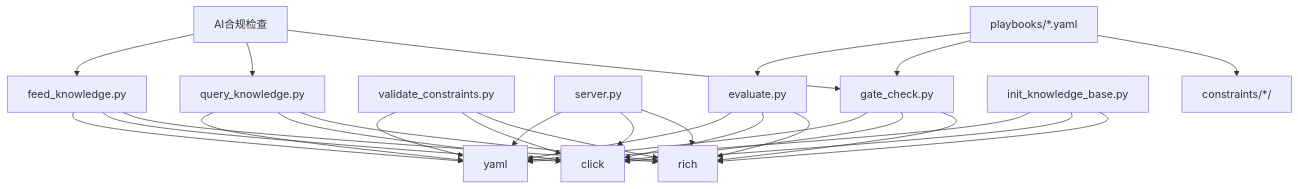
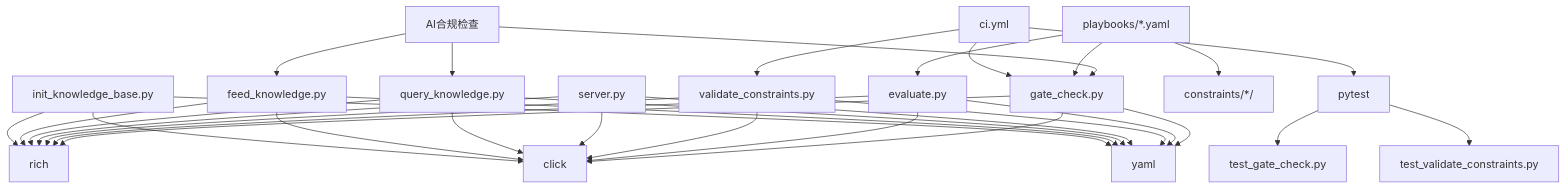
One commit to afcartevil/automated-test-script changed the ninth of 9 diagrams in .qoder/repowiki/zh/content/质量门禁体系.md. Above: the diagram before and after it, drawn with Mermaid. The commit also changed other lines of this file and 12 other files, not shown here.

````diff
--- a/.qoder/repowiki/zh/content/质量门禁体系.md
+++ b/.qoder/repowiki/zh/content/质量门禁体系.md
@@ -355,30 +496,35 @@
 ```mermaid
 graph TB
 Gate["gate_check.py"] --> Rich["rich"]
 Gate --> Click["click"]
 Gate --> YAML["yaml"]
 Eval["evaluate.py"] --> Rich
 Eval --> Click
 Eval --> YAML
 Validate["validate_constraints.py"] --> Rich
 Validate --> Click
 Validate --> YAML
 MCP["server.py"] --> Rich
 MCP --> Click
 MCP --> YAML
 QueryKB["query_knowledge.py"] --> Rich
 QueryKB --> Click
 QueryKB --> YAML
 FeedKB["feed_knowledge.py"] --> Rich
 FeedKB --> Click
 FeedKB --> YAML
 InitKB["init_knowledge_base.py"] --> Rich
 InitKB --> Click
 InitKB --> YAML
 Compliance["AI合规检查"] --> Gate
 Compliance --> QueryKB
 Compliance --> FeedKB
 Pipe["playbooks/*.yaml"] --> Constraints["constraints/*/"]
 Pipe --> Gate
 Pipe --> Eval
+Pytest["pytest"] --> TestGate["test_gate_check.py"]
+Pytest --> TestValidate["test_validate_constraints.py"]
+CI["ci.yml"] --> Pytest
+CI --> Gate
+CI --> Validate
 ```
````
